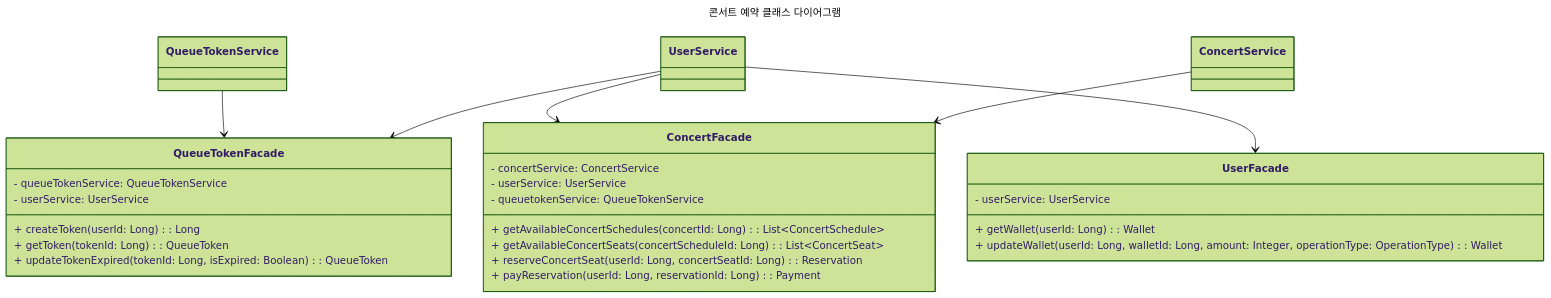
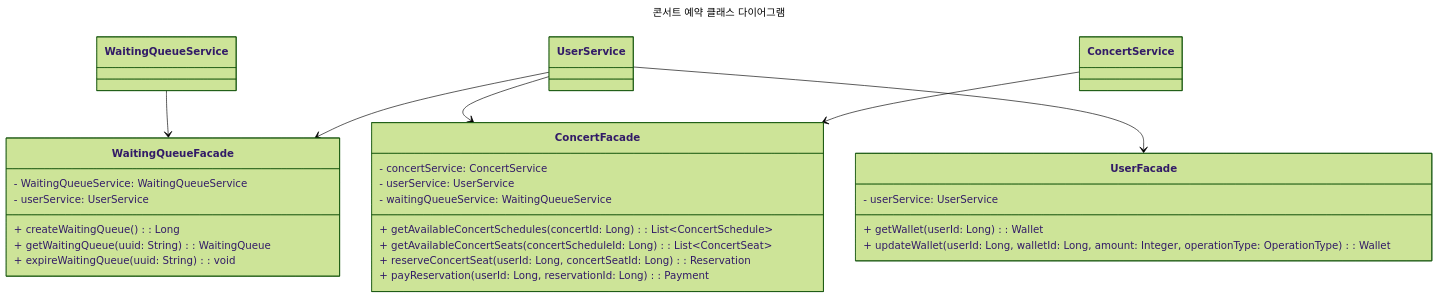
One commit to hhpb-code/hhplus-concert changed the first of 4 diagrams in docs/CLASS_DIAGRAM.md. Above: the diagram before and after it, drawn with Mermaid (forest theme). The commit also changed other lines of this file and 16 other files, not shown here.

````diff
--- a/docs/CLASS_DIAGRAM.md
+++ b/docs/CLASS_DIAGRAM.md
@@ -9,36 +9,36 @@
 ```mermaid
 ---
 title: "콘서트 예약 클래스 다이어그램"
 ---
 
 classDiagram
     class UserFacade {
         - userService: UserService
         + getWallet(userId: Long): Wallet
         + updateWallet(userId: Long, walletId: Long, amount: Integer, operationType: OperationType): Wallet
     }
 
-    class QueueTokenFacade {
-        - queueTokenService: QueueTokenService
+    class WaitingQueueFacade {
+        - WaitingQueueService: WaitingQueueService
         - userService: UserService
-        + createToken(userId: Long): Long
-        + getToken(tokenId: Long): QueueToken
-        + updateTokenExpired(tokenId: Long, isExpired: Boolean): QueueToken
+        + createWaitingQueue(): Long
+        + getWaitingQueue(uuid: String): WaitingQueue
+        + expireWaitingQueue(uuid: String): void
     }
 
     class ConcertFacade {
         - concertService: ConcertService
         - userService: UserService
-        - queuetokenService: QueueTokenService
+        - waitingQueueService: WaitingQueueService
         + getAvailableConcertSchedules(concertId: Long): List~ConcertSchedule~
         + getAvailableConcertSeats(concertScheduleId: Long): List~ConcertSeat~
         + reserveConcertSeat(userId: Long, concertSeatId: Long): Reservation
         + payReservation(userId: Long, reservationId: Long): Payment
     }
 
-    QueueTokenService --> QueueTokenFacade
+    WaitingQueueService --> WaitingQueueFacade
     UserService --> ConcertFacade
-    UserService --> QueueTokenFacade
+    UserService --> WaitingQueueFacade
     UserService --> UserFacade
     ConcertService --> ConcertFacade
 ```
````
